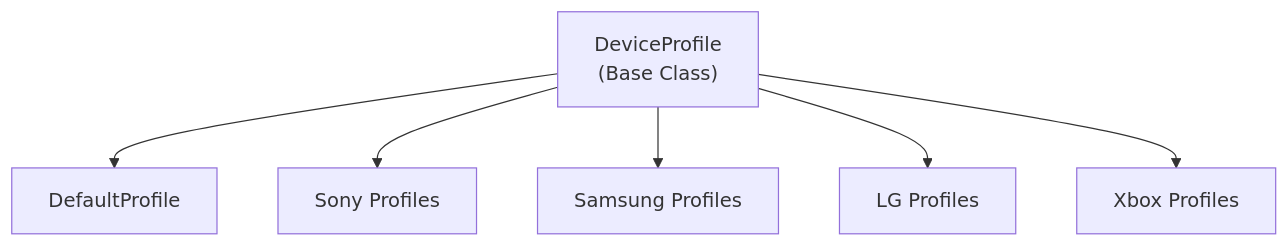
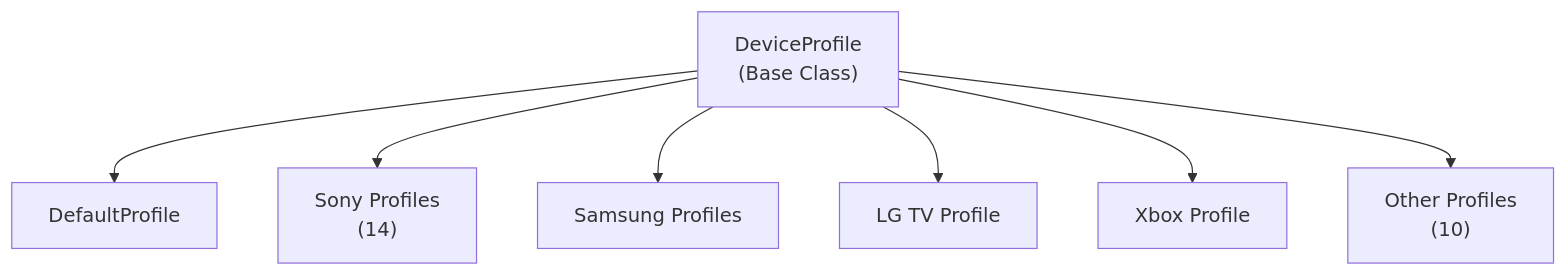
One commit to marklapointe/Emby changed the diagram in .discovery/334-emby-dlna-profiles.md. Above: the diagram before and after it, drawn with Mermaid. The commit also changed other lines of this file and 3 other files, not shown here.

````diff
--- a/.discovery/334-emby-dlna-profiles.md
+++ b/.discovery/334-emby-dlna-profiles.md
@@ -55,15 +76,17 @@
 ```mermaid
 graph TD
     DeviceProfile["DeviceProfile<br/>(Base Class)"]
     DefaultProfile["DefaultProfile"]
-    SonyProfile["Sony Profiles"]
+    SonyProfile["Sony Profiles<br/>(14)"]
     SamsungProfile["Samsung Profiles"]
-    LgProfile["LG Profiles"]
-    XboxProfile["Xbox Profiles"]
+    LgProfile["LG TV Profile"]
+    XboxProfile["Xbox Profile"]
+    Other["Other Profiles<br/>(10)"]
     
     DeviceProfile --> DefaultProfile
     DeviceProfile --> SonyProfile
     DeviceProfile --> SamsungProfile
     DeviceProfile --> LgProfile
     DeviceProfile --> XboxProfile
+    DeviceProfile --> Other
 ```
````
